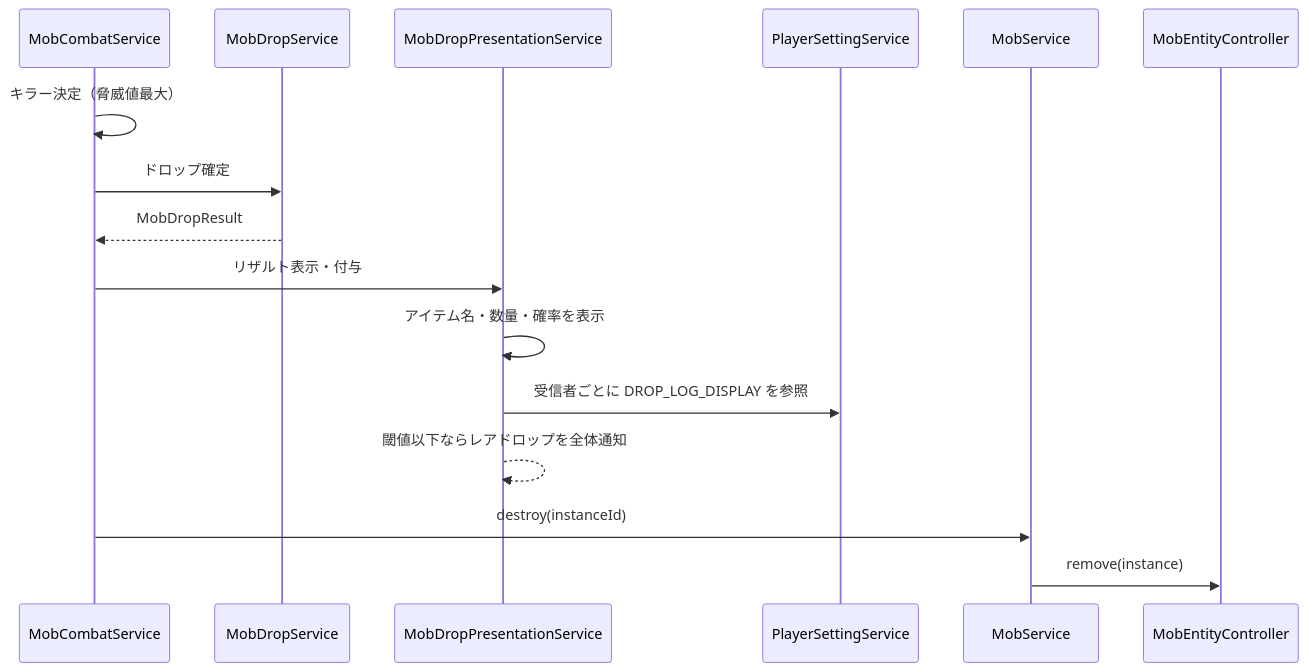
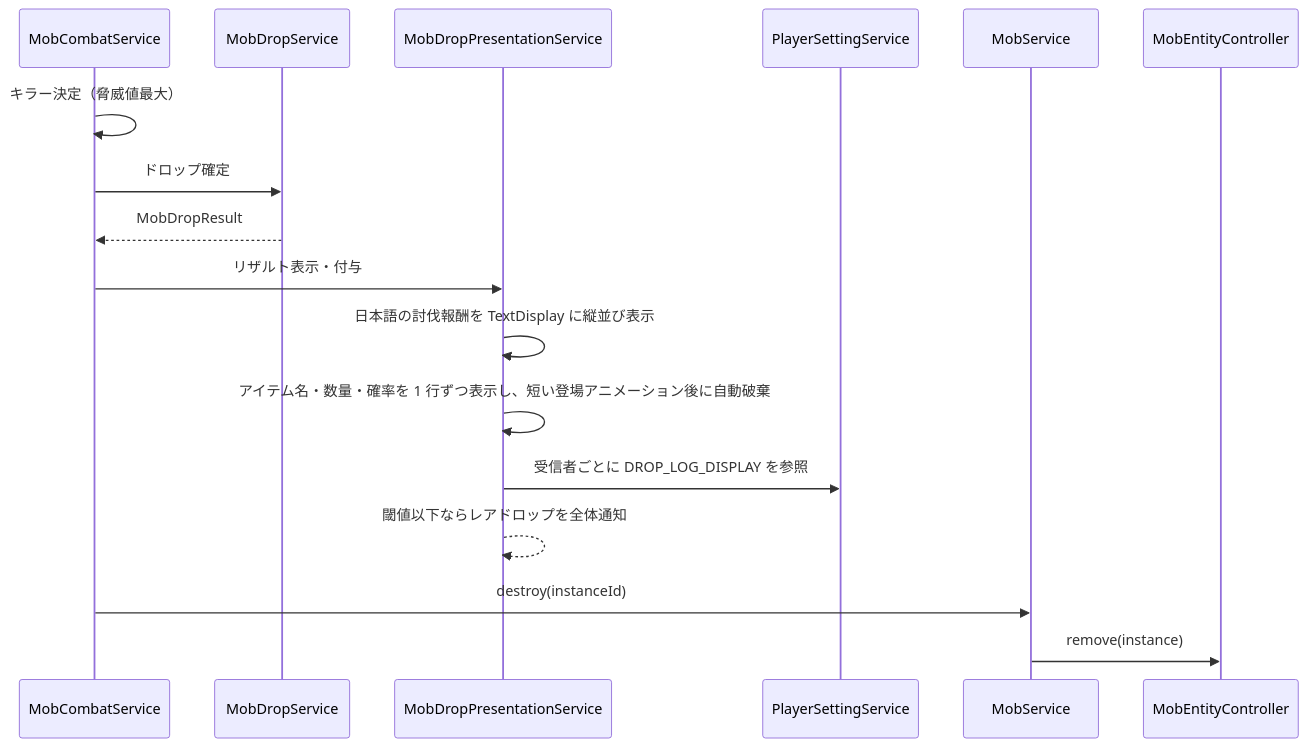
Before and after one commit to maaasu/AstralRecord-Workspace: the fifth of 5 diagrams in 00_docs/10_プラグイン設計書/feature/12-mob/4-統合フロー/12_4.00-統合フロー.md, drawn with Mermaid. The commit also changed 1 other file, not shown here.

Commit message:
feat: モブ討伐リザルト表示を見やすく改善

````diff
--- a/00_docs/10_プラグイン設計書/feature/12-mob/4-統合フロー/12_4.00-統合フロー.md
+++ b/00_docs/10_プラグイン設計書/feature/12-mob/4-統合フロー/12_4.00-統合フロー.md
@@ -119,19 +119,20 @@
 ```mermaid
 sequenceDiagram
     participant CB as MobCombatService
     participant D as MobDropService
     participant P as MobDropPresentationService
     participant PS as PlayerSettingService
     participant S as MobService
     participant E as MobEntityController
 
     CB->>CB: キラー決定（脅威値最大）
     CB->>D: ドロップ確定
     D-->>CB: MobDropResult
     CB->>P: リザルト表示・付与
-    P->>P: アイテム名・数量・確率を表示
+    P->>P: 日本語の討伐報酬を TextDisplay に縦並び表示
+    P->>P: アイテム名・数量・確率を 1 行ずつ表示し、短い登場アニメーション後に自動破棄
     P->>PS: 受信者ごとに DROP_LOG_DISPLAY を参照
     P-->>P: 閾値以下ならレアドロップを全体通知
     CB->>S: destroy(instanceId)
     S->>E: remove(instance)
 ```
````
